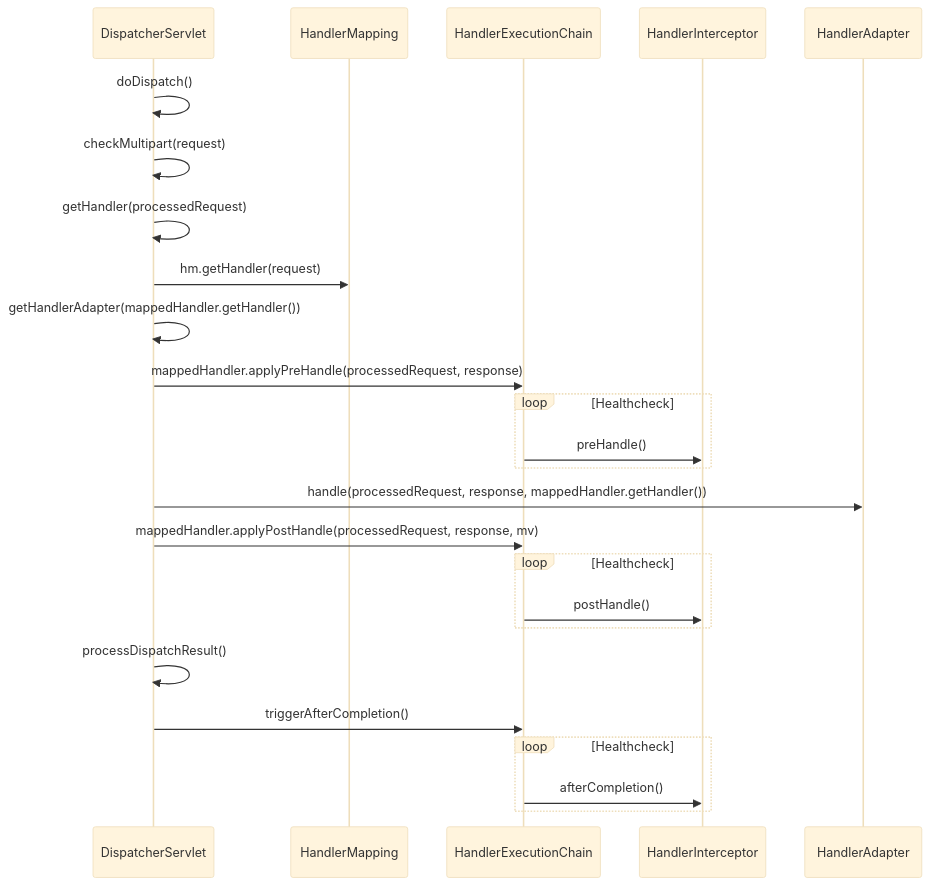
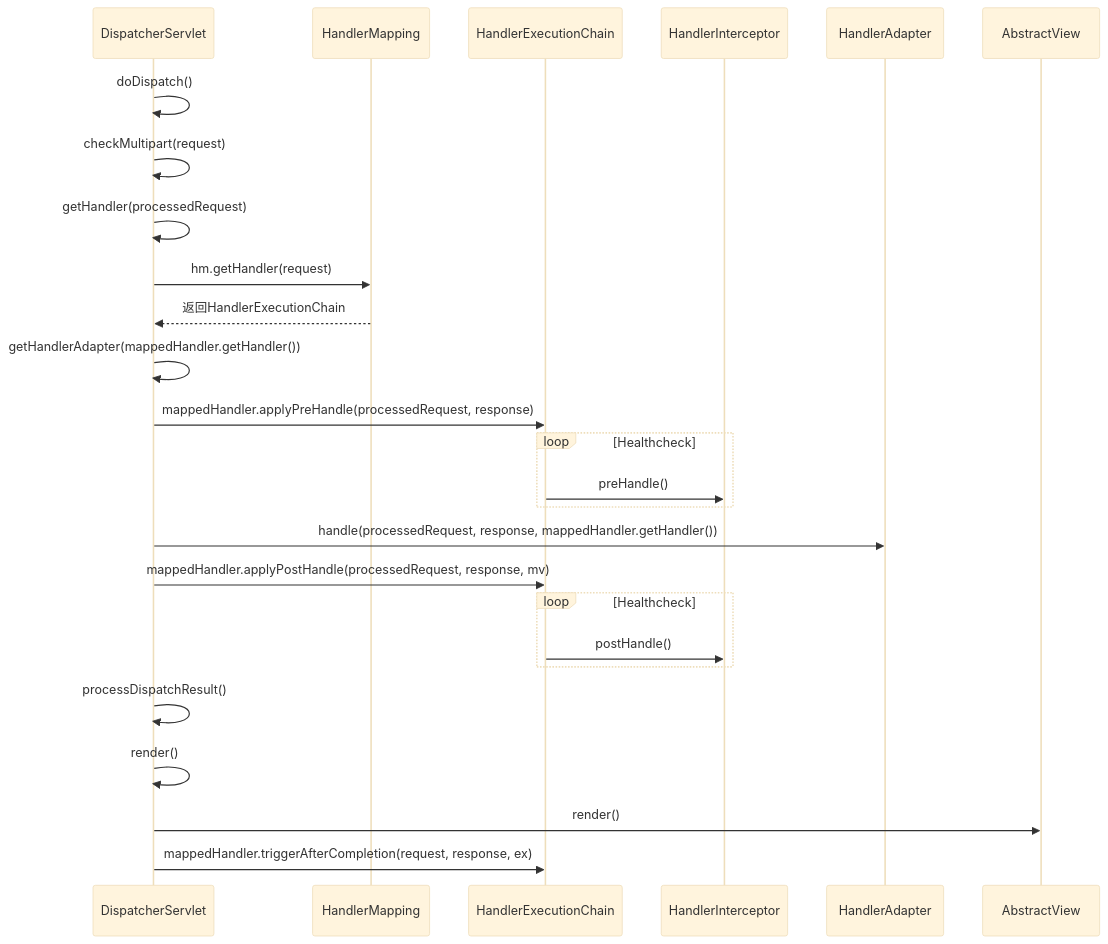
One commit to onlyonion/development changed the fourth of 4 diagrams in 20-framework/src/spring/springmvc/DispatcherServlet.md. Above: the diagram before and after it, drawn with Mermaid (base theme). The commit also changed other lines of this file and 19 other files, not shown here.

````diff
--- a/20-framework/src/spring/springmvc/DispatcherServlet.md
+++ b/20-framework/src/spring/springmvc/DispatcherServlet.md
@@ -100,34 +135,38 @@
 ```mermaid
 sequenceDiagram
 	DispatcherServlet ->> DispatcherServlet: doDispatch()
-
-	%% 1. 检查媒体类型
 	DispatcherServlet ->> DispatcherServlet: checkMultipart(request)
 
-	%% 2. 获取请求处理器
+	%% 1. 获取请求处理器
+	%% 一般每一个handlerMapping可以持有一系列从URL请求到Controller的映射，而Spring MVC提供了一系列的HandlerMapping实现。
 	DispatcherServlet ->> DispatcherServlet: getHandler(processedRequest)
 	DispatcherServlet ->> HandlerMapping: hm.getHandler(request)
+	HandlerMapping -->> DispatcherServlet: 返回HandlerExecutionChain
 
-	%% 3. 处理器适配器
+	%% 2. 获取处理器适配器
 	DispatcherServlet ->> DispatcherServlet: getHandlerAdapter(mappedHandler.getHandler())
 
-	%% 4. 拦截器链
+	%% 3.1 拦截器链，前置处理
 	DispatcherServlet ->> HandlerExecutionChain: mappedHandler.applyPreHandle(processedRequest, response)
 	loop Healthcheck
 		HandlerExecutionChain ->> HandlerInterceptor: preHandle()
     end
 
-	%% 5. 处理器适配器处理请求
+	%% 3.2 处理器适配器处理请求
 	DispatcherServlet ->> HandlerAdapter: handle(processedRequest, response, mappedHandler.getHandler())
 
+	%% 3.3 拦截器链，后置处理
 	DispatcherServlet ->> HandlerExecutionChain: mappedHandler.applyPostHandle(processedRequest, response, mv)
 	loop Healthcheck
 		HandlerExecutionChain ->> HandlerInterceptor: postHandle()
     end
 
+	%% 4. 处理分发的结果，视图解析
 	DispatcherServlet ->> DispatcherServlet: processDispatchResult()
-	DispatcherServlet ->> HandlerExecutionChain: triggerAfterCompletion()
-	loop Healthcheck
-		HandlerExecutionChain ->> HandlerInterceptor: afterCompletion()
-    end
+	DispatcherServlet ->> DispatcherServlet: render()
+	DispatcherServlet ->> AbstractView: render()
+
+	%% 3.4 拦截器链，完成处理
+	DispatcherServlet ->> HandlerExecutionChain: mappedHandler.triggerAfterCompletion(request, response, ex)
+	
 ```
````
